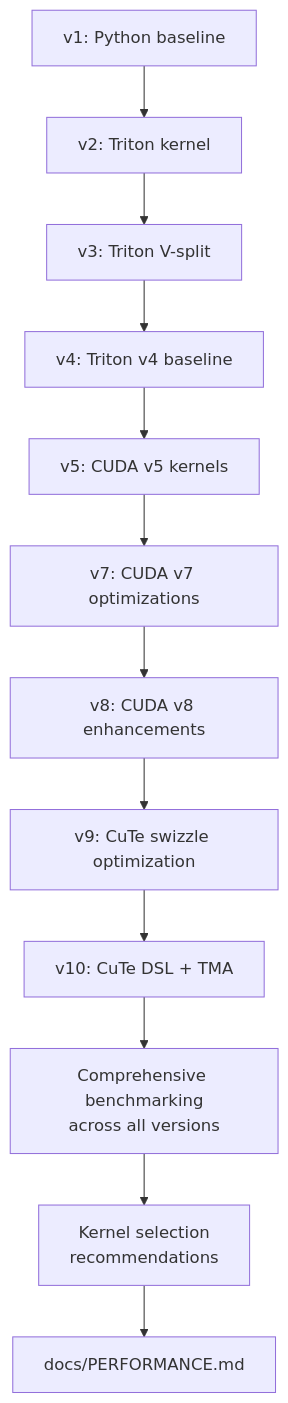
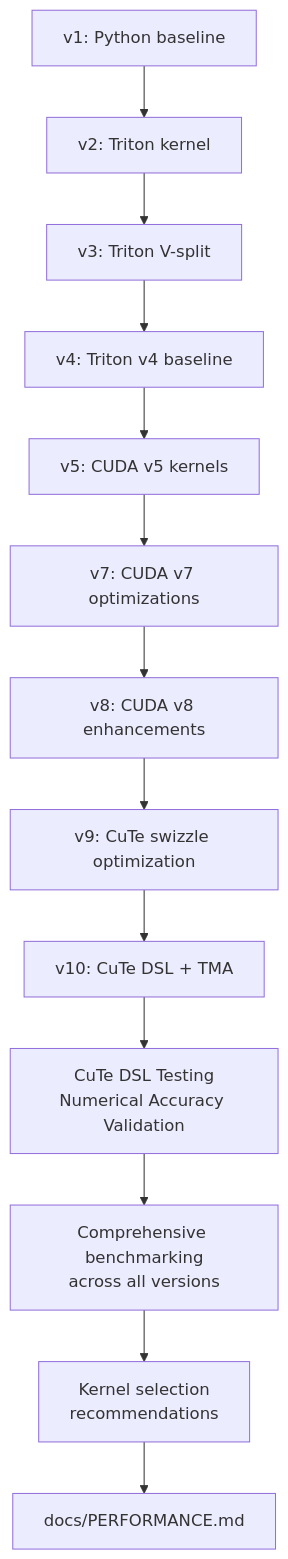
Before and after one commit to gugudeshubao/flashinfer-bench-tma-thrust: diagram 13 of 13 in .qoder/repowiki/en/content/Performance Analysis.md, drawn with Mermaid. The commit also changed other lines of this file and 9 other files, not shown here.

````diff
--- a/.qoder/repowiki/en/content/Performance Analysis.md
+++ b/.qoder/repowiki/en/content/Performance Analysis.md
@@ -559,14 +677,15 @@
 ```mermaid
 flowchart TD
 V1["v1: Python baseline"] --> V2["v2: Triton kernel"]
 V2 --> V3["v3: Triton V-split"]
 V3 --> V4["v4: Triton v4 baseline"]
 V4 --> V5["v5: CUDA v5 kernels"]
 V5 --> V7["v7: CUDA v7 optimizations"]
 V7 --> V8["v8: CUDA v8 enhancements"]
 V8 --> V9["v9: CuTe swizzle optimization"]
 V9 --> V10["v10: CuTe DSL + TMA"]
-V10 --> Metrics["Comprehensive benchmarking<br/>across all versions"]
+V10 --> CuTeDSL["CuTe DSL Testing<br/>Numerical Accuracy Validation"]
+CuTeDSL --> Metrics["Comprehensive benchmarking<br/>across all versions"]
 Metrics --> Recommendations["Kernel selection<br/>recommendations"]
 Recommendations --> Docs["docs/PERFORMANCE.md"]
 ```
````
